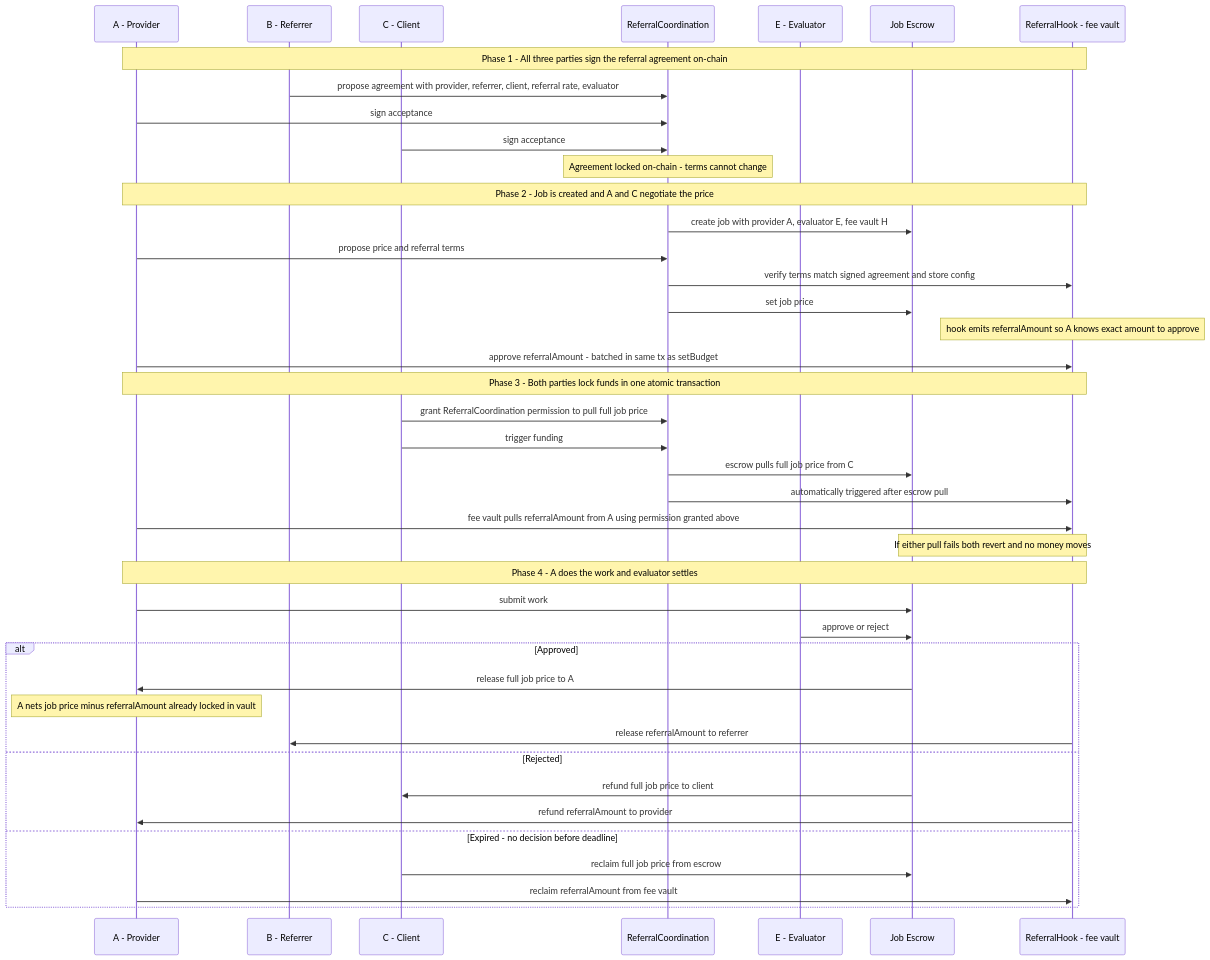
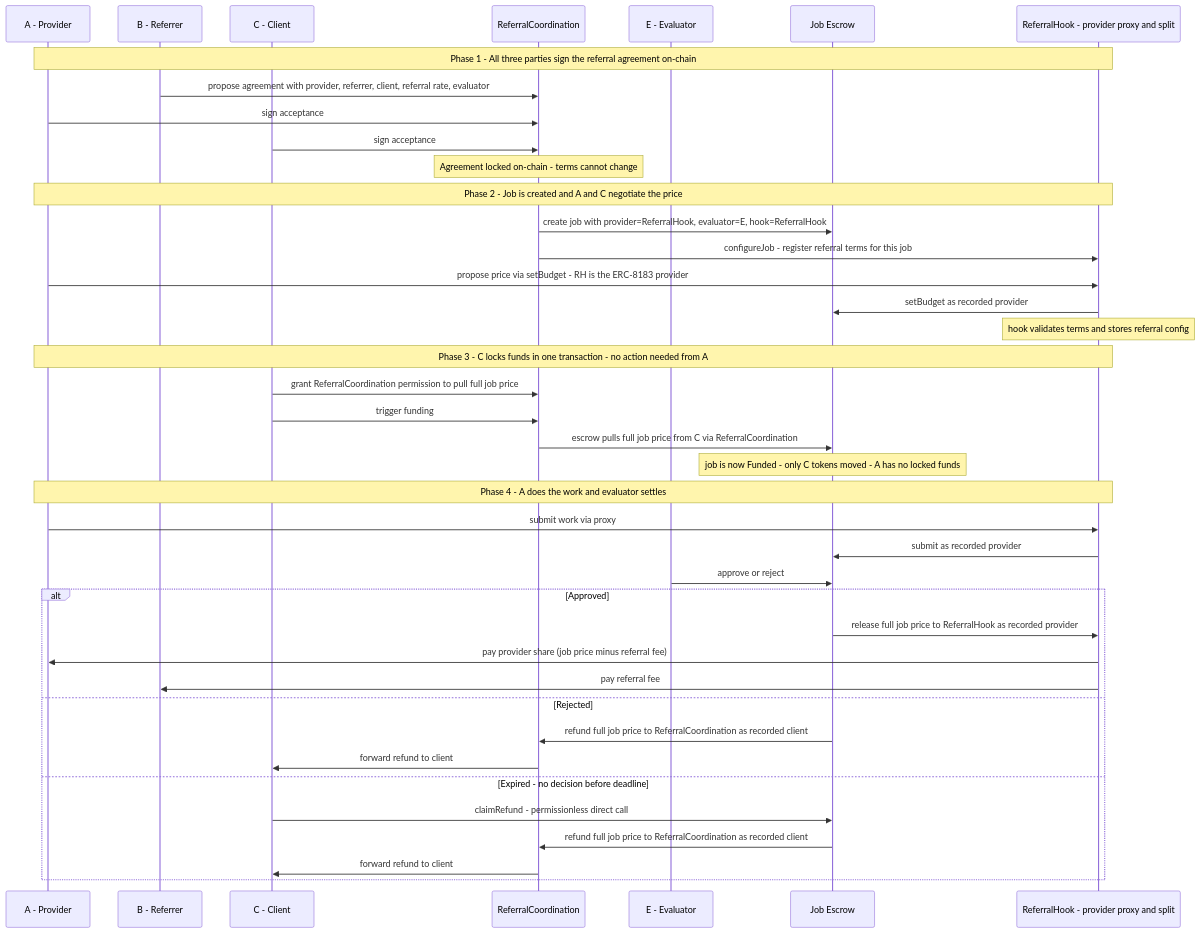
The diagram in README.md (luca-nik/a2a-referral-erc), drawn with Mermaid before and after one commit. The commit also changed other lines of this file and 1 other file, not shown here.

Commit message:
redesign: ReferralHook as provider proxy and split contract
Replace the client-side vault model with a provider-side split:
- ReferralHook is set as both job.provider and job.hook
- ReferralHook proxies setBudget and submit for A
- On complete, escrow pays ReferralHook which splits providerAmount to A
  and referralAmount to B in the same transaction
- A needs no pre-approval or locked funds at any point
- ReferralCoordination still proxies fund and reject for C

Update §13 with specific ERC-8183 improvement suggestions:
- createJobFor to eliminate client proxy
- native payment split on complete to eliminate provider proxy
- combined effect analysis

````diff
--- a/README.md
+++ b/README.md
@@ -57,52 +55,51 @@
 ```mermaid
 sequenceDiagram
     participant A as A - Provider
     participant B as B - Referrer
     participant C as C - Client
     participant RC as ReferralCoordination
     participant E as E - Evaluator
     participant ESC as Job Escrow
-    participant H as ReferralHook - fee vault
+    participant RH as ReferralHook - provider proxy and split
 
-    note over A,H: Phase 1 - All three parties sign the referral agreement on-chain
+    note over A,RH: Phase 1 - All three parties sign the referral agreement on-chain
 
     B->>RC: propose agreement with provider, referrer, client, referral rate, evaluator
     A->>RC: sign acceptance
     C->>RC: sign acceptance
     note over RC: Agreement locked on-chain - terms cannot change
 
-    note over A,H: Phase 2 - Job is created and A and C negotiate the price
+    note over A,RH: Phase 2 - Job is created and A and C negotiate the price
 
-    RC->>ESC: create job with provider A, evaluator E, fee vault H
-    A->>RC: propose price and referral terms
-    RC->>H: verify terms match signed agreement and store config
-    RC->>ESC: set job price
-    note over H: hook emits referralAmount so A knows exact amount to approve
-    A->>H: approve referralAmount - batched in same tx as setBudget
+    RC->>ESC: create job with provider=ReferralHook, evaluator=E, hook=ReferralHook
+    RC->>RH: configureJob - register referral terms for this job
+    A->>RH: propose price via setBudget - RH is the ERC-8183 provider
+    RH->>ESC: setBudget as recorded provider
+    note over RH: hook validates terms and stores referral config
 
-    note over A,H: Phase 3 - Both parties lock funds in one atomic transaction
+    note over A,RH: Phase 3 - C locks funds in one transaction - no action needed from A
 
     C->>RC: grant ReferralCoordination permission to pull full job price
     C->>RC: trigger funding
-    RC->>ESC: escrow pulls full job price from C
-    RC->>H: automatically triggered after escrow pull
-    A->>H: fee vault pulls referralAmount from A using permission granted above
-    note over ESC,H: If either pull fails both revert and no money moves
+    RC->>ESC: escrow pulls full job price from C via ReferralCoordination
+    note over ESC: job is now Funded - only C tokens moved - A has no locked funds
 
-    note over A,H: Phase 4 - A does the work and evaluator settles
+    note over A,RH: Phase 4 - A does the work and evaluator settles
 
-    A->>ESC: submit work
+    A->>RH: submit work via proxy
+    RH->>ESC: submit as recorded provider
     E->>ESC: approve or reject
 
     alt Approved
-        ESC->>A: release full job price to A
-        note over A: A nets job price minus referralAmount already locked in vault
-        H->>B: release referralAmount to referrer
+        ESC->>RH: release full job price to ReferralHook as recorded provider
+        RH->>A: pay provider share (job price minus referral fee)
+        RH->>B: pay referral fee
     else Rejected
-        ESC->>C: refund full job price to client
-        H->>A: refund referralAmount to provider
+        ESC->>RC: refund full job price to ReferralCoordination as recorded client
+        RC->>C: forward refund to client
     else Expired - no decision before deadline
-        C->>ESC: reclaim full job price from escrow
-        A->>H: reclaim referralAmount from fee vault
+        C->>ESC: claimRefund - permissionless direct call
+        ESC->>RC: refund full job price to ReferralCoordination as recorded client
+        RC->>C: forward refund to client
     end
 ```
````
